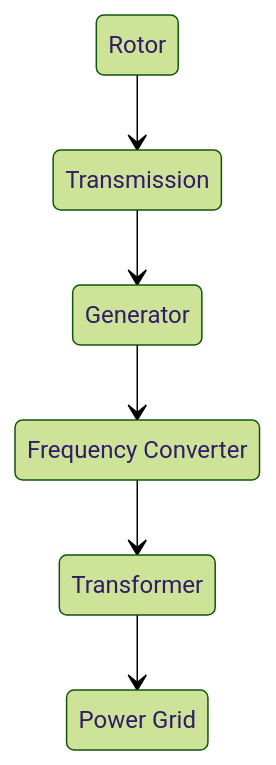
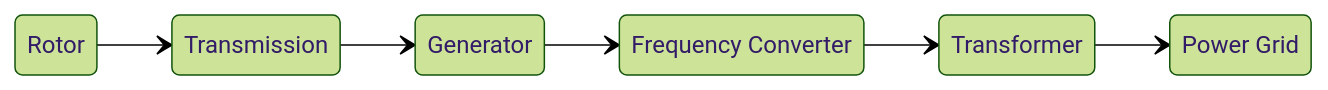
One commit to KaloyanDDraganov/Energieinformatik changed the sixth of 14 diagrams in EI1_must_know.md. Above: the diagram before and after it, drawn with Mermaid (forest theme). The commit also changed other lines of this file, not shown here.

````diff
--- a/EI1_must_know.md
+++ b/EI1_must_know.md
@@ -1469,16 +1469,17 @@
 ```mermaid
 stateDiagram-v2
+  direction LR
 
     state "Rotor" as R
     state "Transmission" as T
     state "Generator" as G
     state "Frequency Converter" as FC
     state "Transformer" as Tr
     state "Power Grid" as PG
 
     R --> T
     T --> G
     G --> FC
     FC --> Tr
     Tr --> PG
 ```
````
